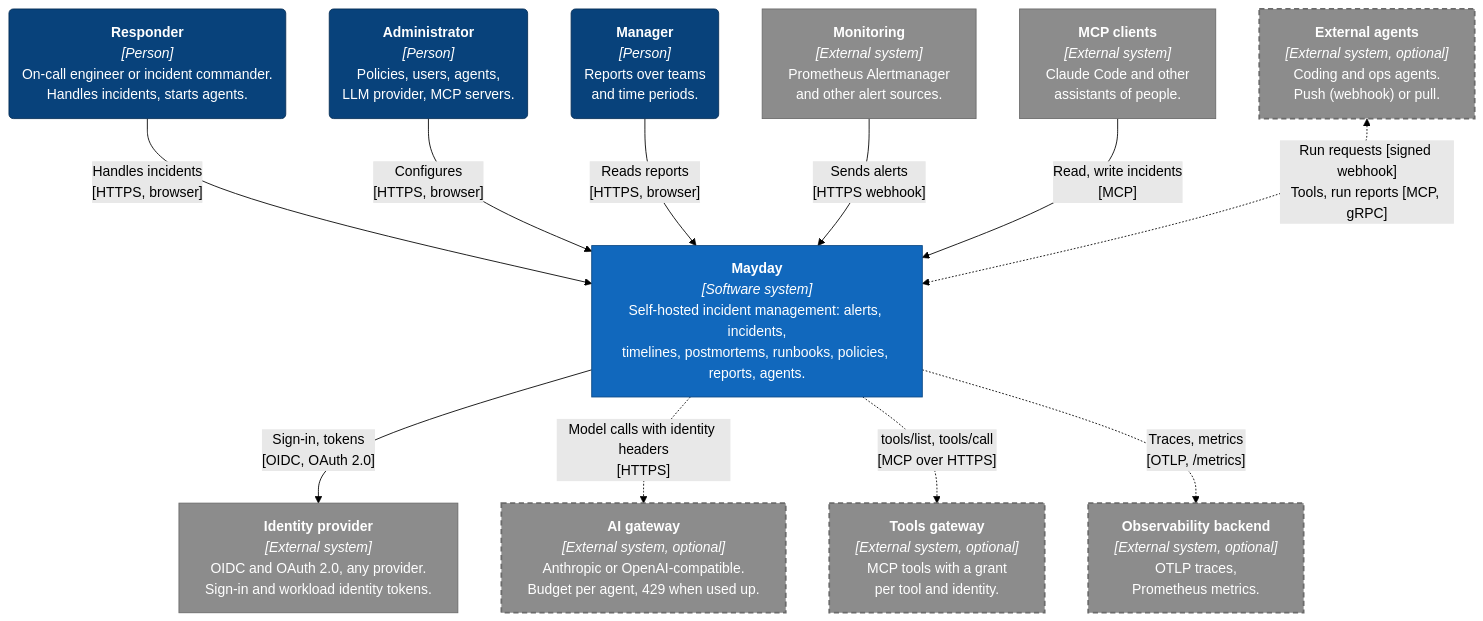
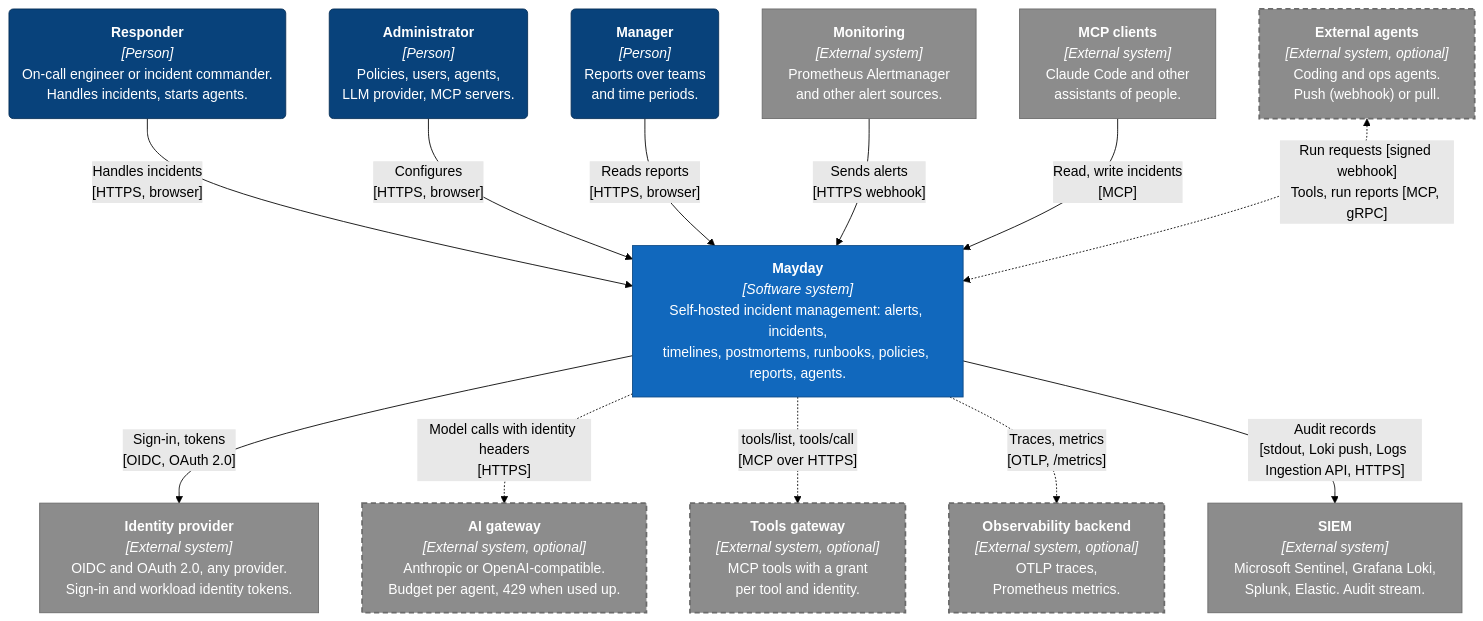
Before and after one commit to gigabrain-ideas/mayday: the first of 8 diagrams in docs/c4.md, drawn with Mermaid (forest theme). The commit also changed other lines of this file and 55 other files, not shown here.

````diff
--- a/docs/c4.md
+++ b/docs/c4.md
@@ -19,36 +19,38 @@
 ```mermaid
 %%{init: {"flowchart": {"wrappingWidth": 320}}}%%
 flowchart TB
   responder("<b>Responder</b><br/><i>[Person]</i><br/>On-call engineer or incident commander.<br/>Handles incidents, starts agents.")
   admin("<b>Administrator</b><br/><i>[Person]</i><br/>Policies, users, agents,<br/>LLM provider, MCP servers.")
   manager("<b>Manager</b><br/><i>[Person]</i><br/>Reports over teams<br/>and time periods.")
   monitoring["<b>Monitoring</b><br/><i>[External system]</i><br/>Prometheus Alertmanager<br/>and other alert sources."]
   mcpclients["<b>MCP clients</b><br/><i>[External system]</i><br/>Claude Code and other<br/>assistants of people."]
   agents["<b>External agents</b><br/><i>[External system, optional]</i><br/>Coding and ops agents.<br/>Push (webhook) or pull."]
   mayday["<b>Mayday</b><br/><i>[Software system]</i><br/>Self-hosted incident management: alerts, incidents,<br/>timelines, postmortems, runbooks, policies, reports, agents."]
   idp["<b>Identity provider</b><br/><i>[External system]</i><br/>OIDC and OAuth 2.0, any provider.<br/>Sign-in and workload identity tokens."]
   aigw["<b>AI gateway</b><br/><i>[External system, optional]</i><br/>Anthropic or OpenAI-compatible.<br/>Budget per agent, 429 when used up."]
   toolsgw["<b>Tools gateway</b><br/><i>[External system, optional]</i><br/>MCP tools with a grant<br/>per tool and identity."]
   otel["<b>Observability backend</b><br/><i>[External system, optional]</i><br/>OTLP traces,<br/>Prometheus metrics."]
+  siem["<b>SIEM</b><br/><i>[External system]</i><br/>Microsoft Sentinel, Grafana Loki,<br/>Splunk, Elastic. Audit stream."]
   responder -- "Handles incidents<br/>[HTTPS, browser]" --> mayday
   admin -- "Configures<br/>[HTTPS, browser]" --> mayday
   manager -- "Reads reports<br/>[HTTPS, browser]" --> mayday
   monitoring -- "Sends alerts<br/>[HTTPS webhook]" --> mayday
   mcpclients -- "Read, write incidents<br/>[MCP]" --> mayday
   agents <-. "Run requests [signed webhook]<br/>Tools, run reports [MCP, gRPC]" .-> mayday
   mayday -- "Sign-in, tokens<br/>[OIDC, OAuth 2.0]" --> idp
   mayday -. "Model calls with identity headers<br/>[HTTPS]" .-> aigw
   mayday -. "tools/list, tools/call<br/>[MCP over HTTPS]" .-> toolsgw
   mayday -. "Traces, metrics<br/>[OTLP, /metrics]" .-> otel
+  mayday -- "Audit records<br/>[stdout, Loki push, Logs Ingestion API, HTTPS]" --> siem
   classDef person fill:#08427b,stroke:#052e56,color:#fff
   classDef system fill:#1168bd,stroke:#0b4884,color:#fff
   classDef container fill:#438dd5,stroke:#2e6295,color:#fff
   classDef component fill:#85bbf0,stroke:#5d82a8,color:#000
   classDef ext fill:#8c8c8c,stroke:#6b6b6b,color:#fff
   classDef optional stroke-dasharray:6 4,stroke-width:2px
   classDef boundary fill:none,stroke:#444,stroke-dasharray:4 4
   class responder,admin,manager person
   class mayday system
-  class monitoring,mcpclients,agents,idp,aigw,toolsgw,otel ext
+  class monitoring,mcpclients,agents,idp,aigw,toolsgw,otel,siem ext
   class agents,aigw,toolsgw,otel optional
 ```
````
